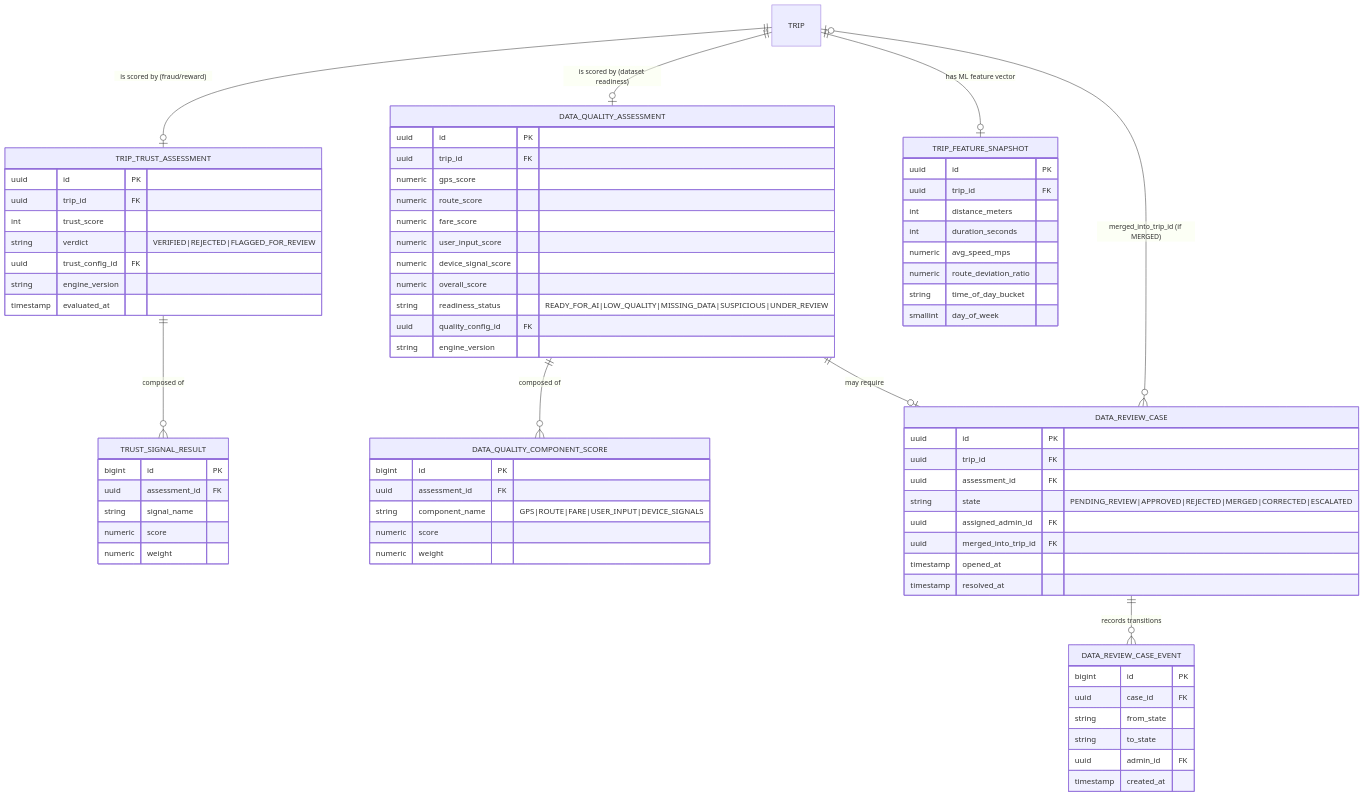
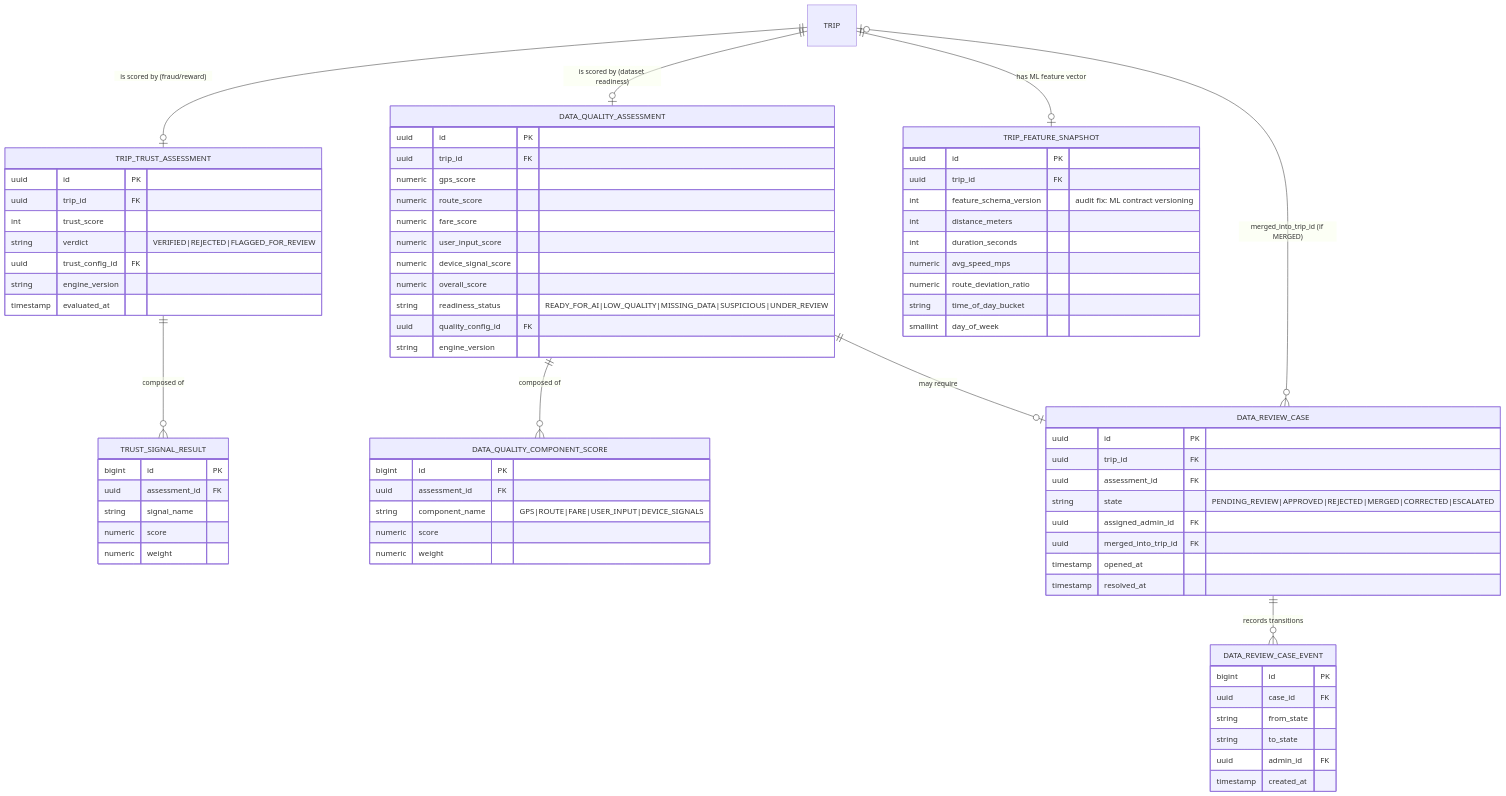
One commit to shadygad01/TaxiTawsila changed the second of 5 diagrams in docs/04-erd.md. Above: the diagram before and after it, drawn with Mermaid. The commit also changed other lines of this file and 17 other files, not shown here.

```diff
--- a/docs/04-erd.md
+++ b/docs/04-erd.md
@@ -143,6 +143,7 @@
     TRIP_FEATURE_SNAPSHOT {
         uuid id PK
         uuid trip_id FK
+        int feature_schema_version "audit fix: ML contract versioning"
         int distance_meters
         int duration_seconds
         numeric avg_speed_mps
```
